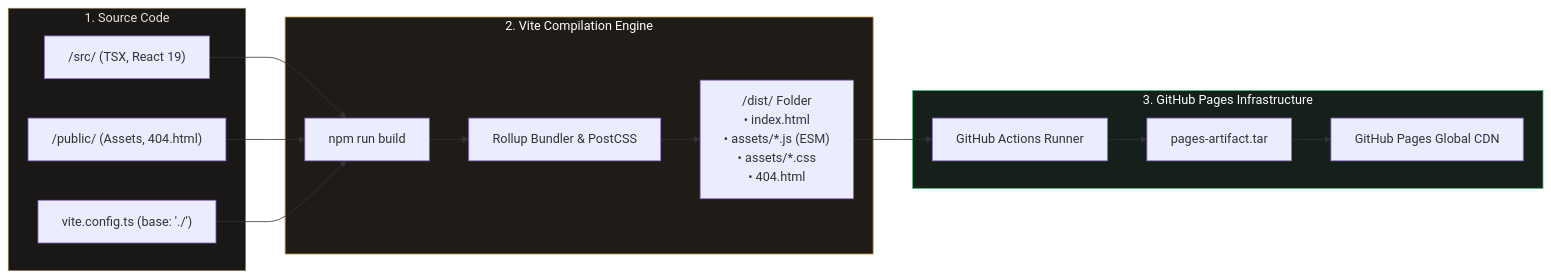
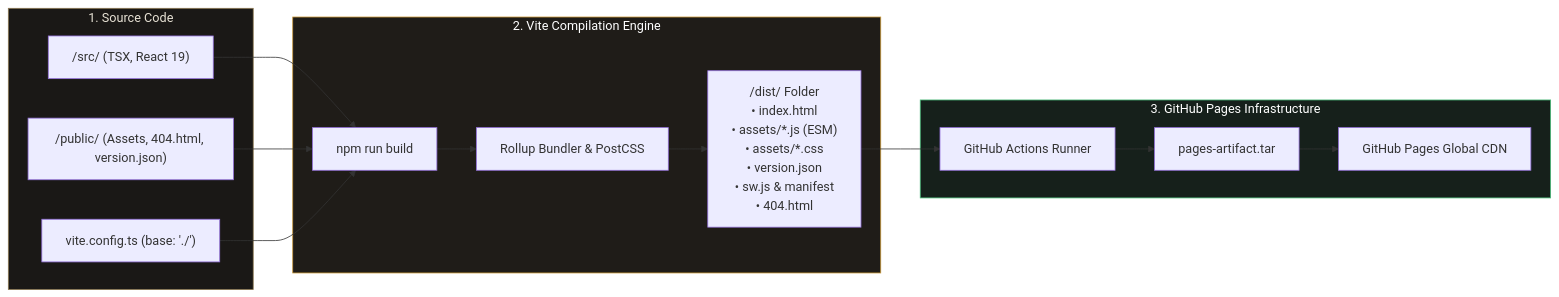
Before and after one commit to CptNope/Chronos-and-Canon: the fourth of 5 diagrams in README.md, drawn with Mermaid. The commit also changed other lines of this file and 22 other files, not shown here.

````diff
--- a/README.md
+++ b/README.md
@@ -61,30 +401,30 @@
 ```mermaid
 flowchart LR
     subgraph Developer["1. Source Code"]
         SRC["/src/ (TSX, React 19)"]
-        PUB["/public/ (Assets, 404.html)"]
+        PUB["/public/ (Assets, 404.html, version.json)"]
         CFG["vite.config.ts (base: './')"]
     end
 
     subgraph Compiler["2. Vite Compilation Engine"]
         BUILD["npm run build"]
         ROLLUP["Rollup Bundler & PostCSS"]
-        DIST["/dist/ Folder<br>• index.html<br>• assets/*.js (ESM)<br>• assets/*.css<br>• 404.html"]
+        DIST["/dist/ Folder<br>• index.html<br>• assets/*.js (ESM)<br>• assets/*.css<br>• version.json<br>• sw.js & manifest<br>• 404.html"]
     end
 
     subgraph GitHub["3. GitHub Pages Infrastructure"]
         ACT["GitHub Actions Runner"]
         ARTIFACT["pages-artifact.tar"]
         CDN["GitHub Pages Global CDN"]
     end
 
     SRC --> BUILD
     PUB --> BUILD
     CFG --> BUILD
     BUILD --> ROLLUP --> DIST
     DIST --> ACT --> ARTIFACT --> CDN
 
     style Developer fill:#1a1816,stroke:#8c7851,color:#e8e2d5
     style Compiler fill:#1f1c18,stroke:#c99738,color:#fff
     style GitHub fill:#16201b,stroke:#48bb78,color:#fff
 ```
````
